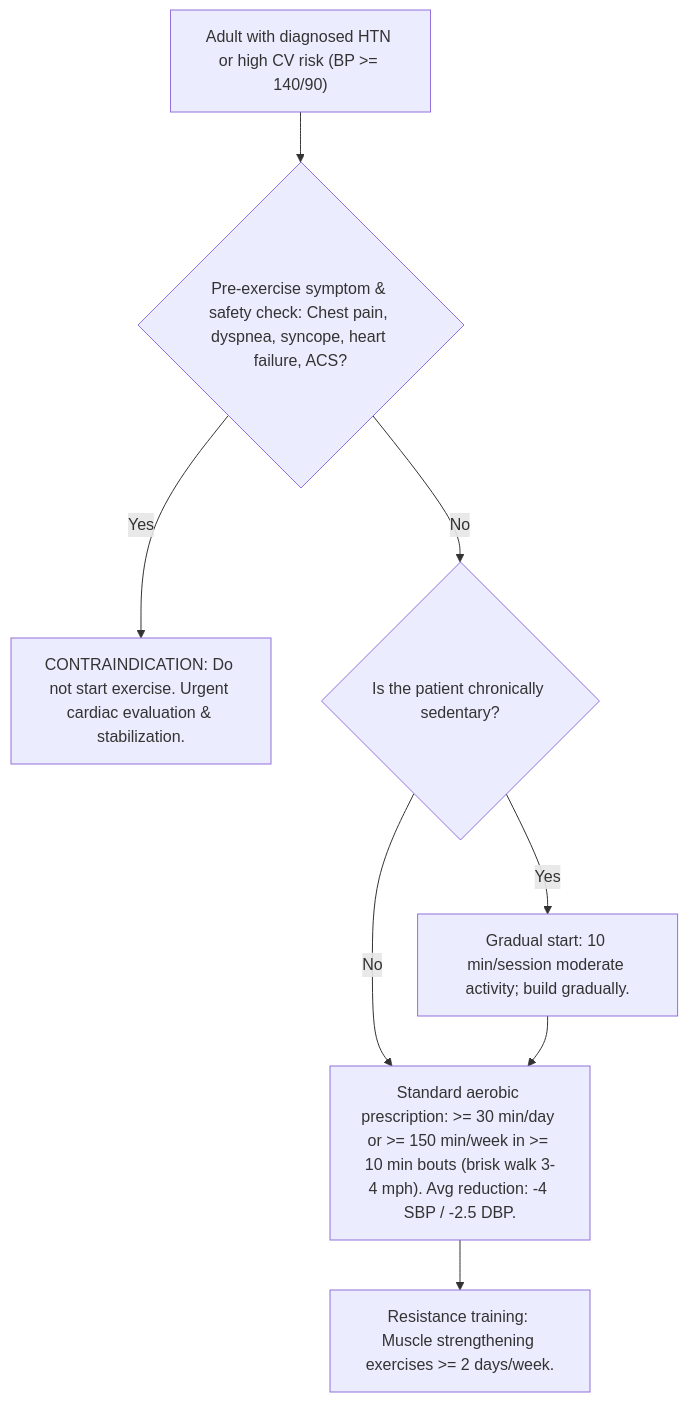
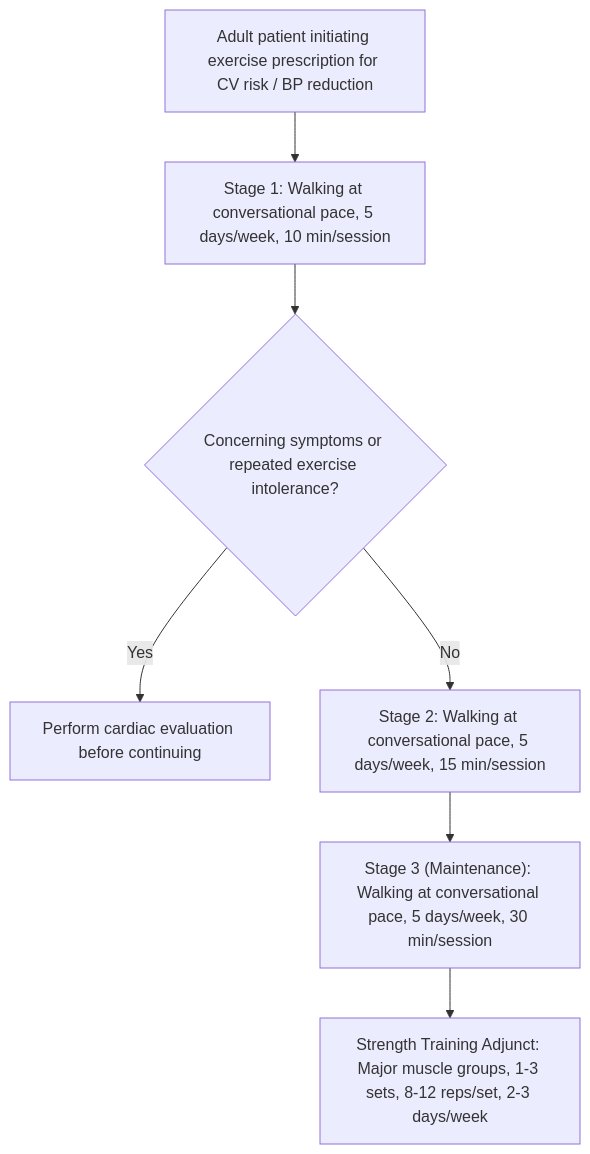
The first of 2 diagrams in guideline_chatbot/data/reports/flowcharts/flowcharts_transcription.md (kavanapg276-glitch/Clinical-guideline-chatbot-), drawn with Mermaid before and after one commit. The commit also changed other lines of this file and 6 other files, not shown here.

Commit message:
docs: finalize Step B checklist with sourced disagreements and verified flowchart images

````diff
--- a/guideline_chatbot/data/reports/flowcharts/flowcharts_transcription.md
+++ b/guideline_chatbot/data/reports/flowcharts/flowcharts_transcription.md
@@ -24,10 +24,9 @@
 ```mermaid
 flowchart TD
-    N1["Adult with diagnosed HTN or high CV risk (BP >= 140/90)"] --> N2{"Pre-exercise symptom & safety check: Chest pain, dyspnea, syncope, heart failure, ACS?"}
-    N2 -- Yes --> N3["CONTRAINDICATION: Do not start exercise. Urgent cardiac evaluation & stabilization."]
-    N2 -- No --> N4{"Is the patient chronically sedentary?"}
-    N4 -- Yes --> N5["Gradual start: 10 min/session moderate activity; build gradually."]
-    N4 -- No --> N6["Standard aerobic prescription: >= 30 min/day or >= 150 min/week in >= 10 min bouts (brisk walk 3-4 mph). Avg reduction: -4 SBP / -2.5 DBP."]
-    N5 --> N6
-    N6 --> N7["Resistance training: Muscle strengthening exercises >= 2 days/week."]
+    N1["Adult patient initiating exercise prescription for CV risk / BP reduction"] --> N2["Stage 1: Walking at conversational pace, 5 days/week, 10 min/session"]
+    N2 --> N3{"Concerning symptoms or repeated exercise intolerance?"}
+    N3 -- Yes --> N4["Perform cardiac evaluation before continuing"]
+    N3 -- No --> N5["Stage 2: Walking at conversational pace, 5 days/week, 15 min/session"]
+    N5 --> N6["Stage 3 (Maintenance): Walking at conversational pace, 5 days/week, 30 min/session"]
+    N6 --> N7["Strength Training Adjunct: Major muscle groups, 1-3 sets, 8-12 reps/set, 2-3 days/week"]
 ```
````
